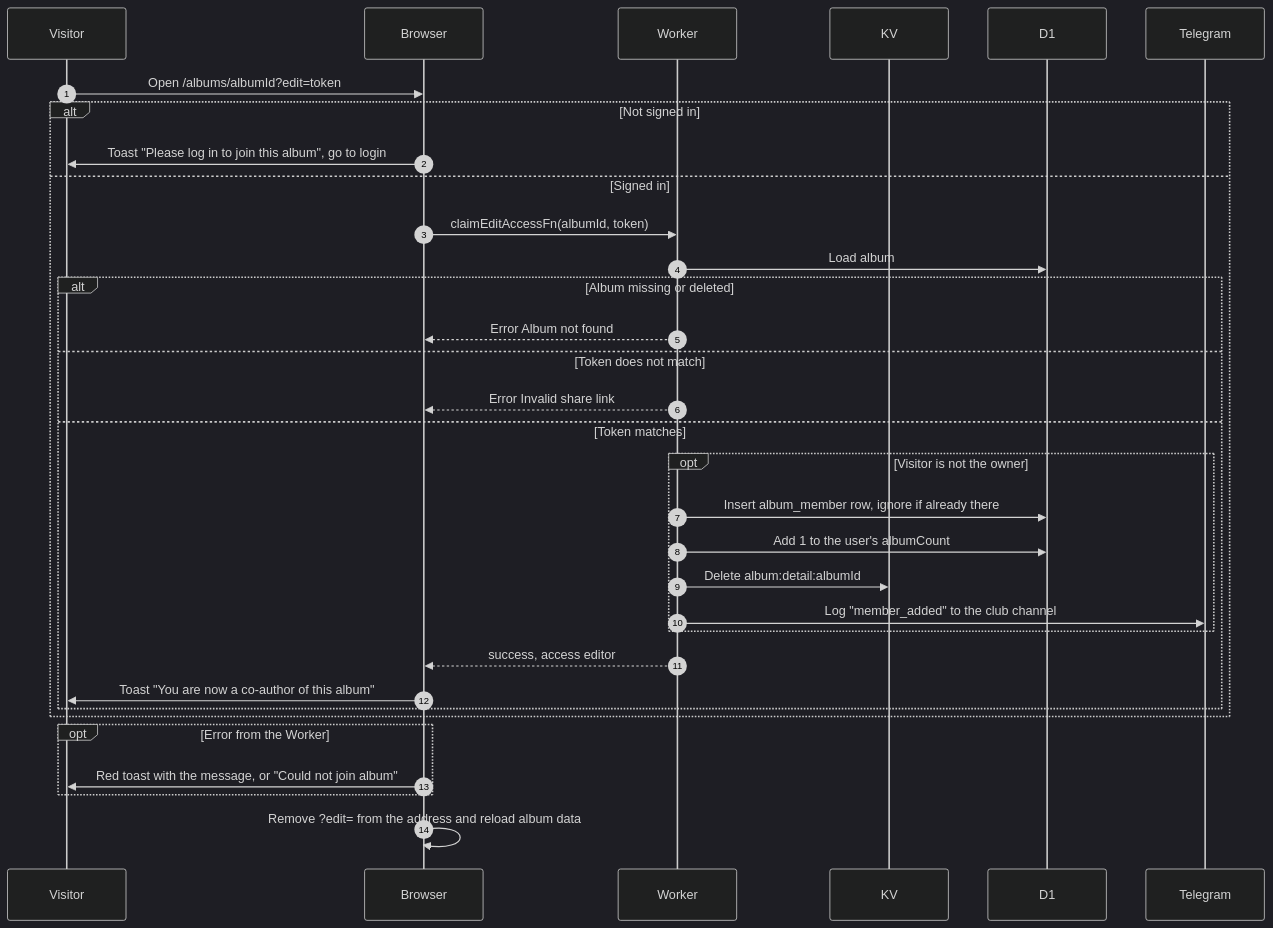
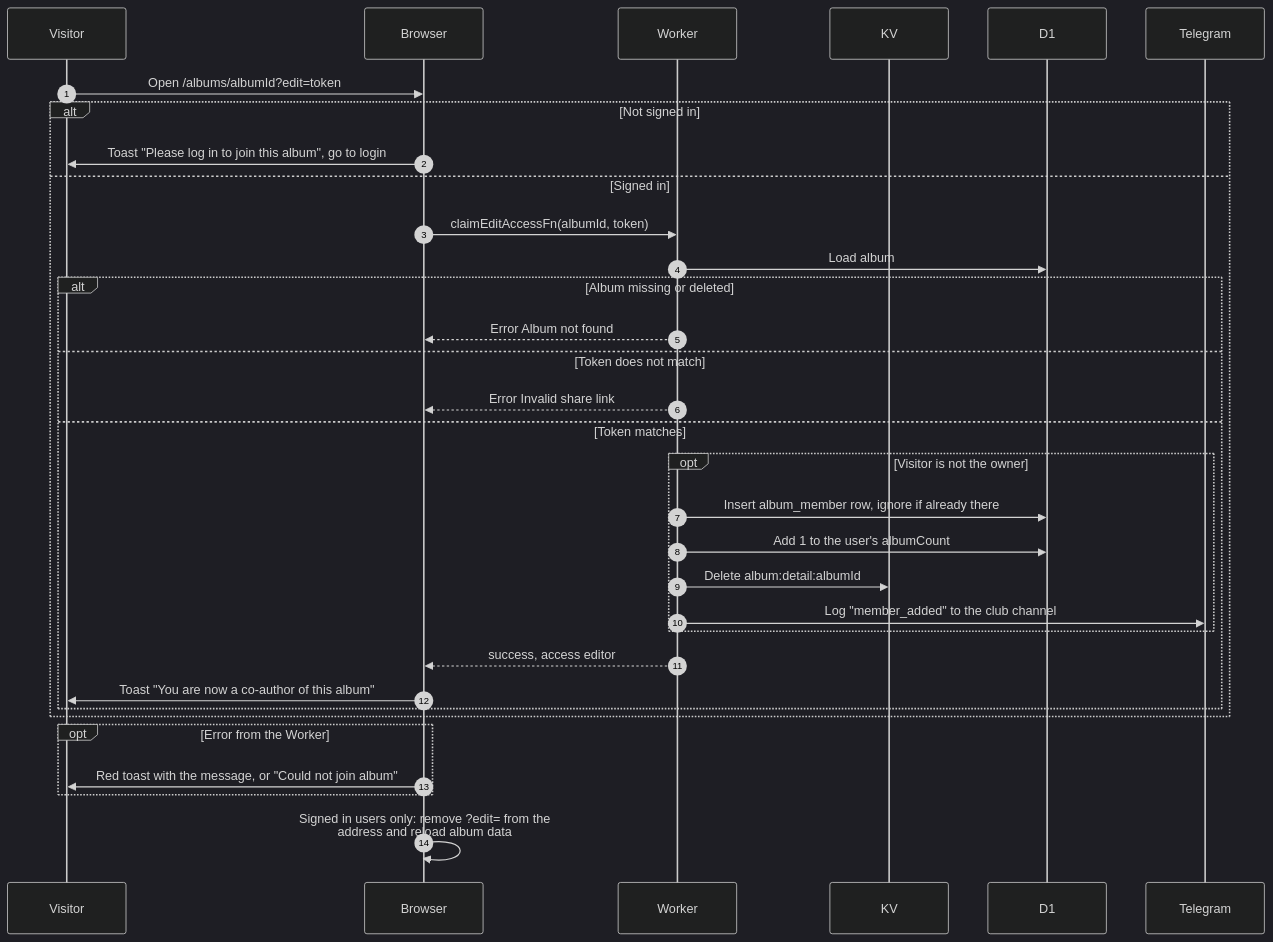
The diagram in docs/scenarios/albums/join-as-co-author.md (sagyzdop/meriksirat), drawn with Mermaid (dark theme) before and after one commit. The commit also changed other lines of this file and 17 other files, not shown here.

Commit message:
docs(scenarios): verify albums diagrams against the code

````diff
--- a/docs/scenarios/albums/join-as-co-author.md
+++ b/docs/scenarios/albums/join-as-co-author.md
@@ -13,35 +15,35 @@
 ```mermaid
 sequenceDiagram
     autonumber
     participant U as Visitor
     participant B as Browser
     participant W as Worker
     participant K as KV
     participant D as D1
     participant T as Telegram
     U->>B: Open /albums/albumId?edit=token
     alt Not signed in
         B->>U: Toast "Please log in to join this album", go to login
     else Signed in
         B->>W: claimEditAccessFn(albumId, token)
         W->>D: Load album
         alt Album missing or deleted
             W-->>B: Error Album not found
         else Token does not match
             W-->>B: Error Invalid share link
         else Token matches
             opt Visitor is not the owner
                 W->>D: Insert album_member row, ignore if already there
                 W->>D: Add 1 to the user's albumCount
                 W->>K: Delete album:detail:albumId
                 W->>T: Log "member_added" to the club channel
             end
             W-->>B: success, access editor
             B->>U: Toast "You are now a co-author of this album"
         end
     end
     opt Error from the Worker
         B->>U: Red toast with the message, or "Could not join album"
     end
-    B->>B: Remove ?edit= from the address and reload album data
+    B->>B: Signed in users only: remove ?edit= from the<br/>address and reload album data
 ```
````
